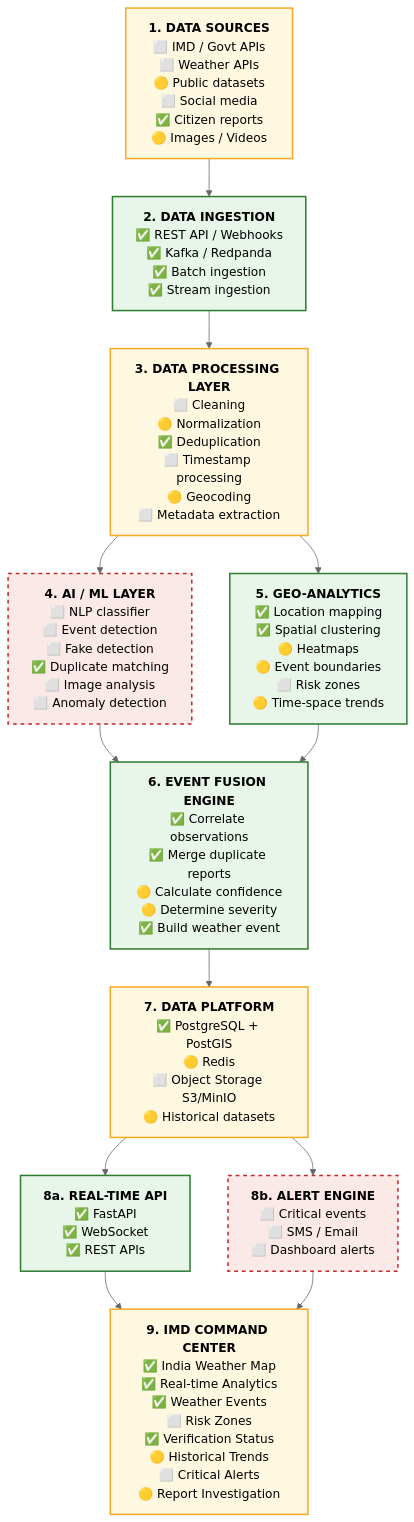
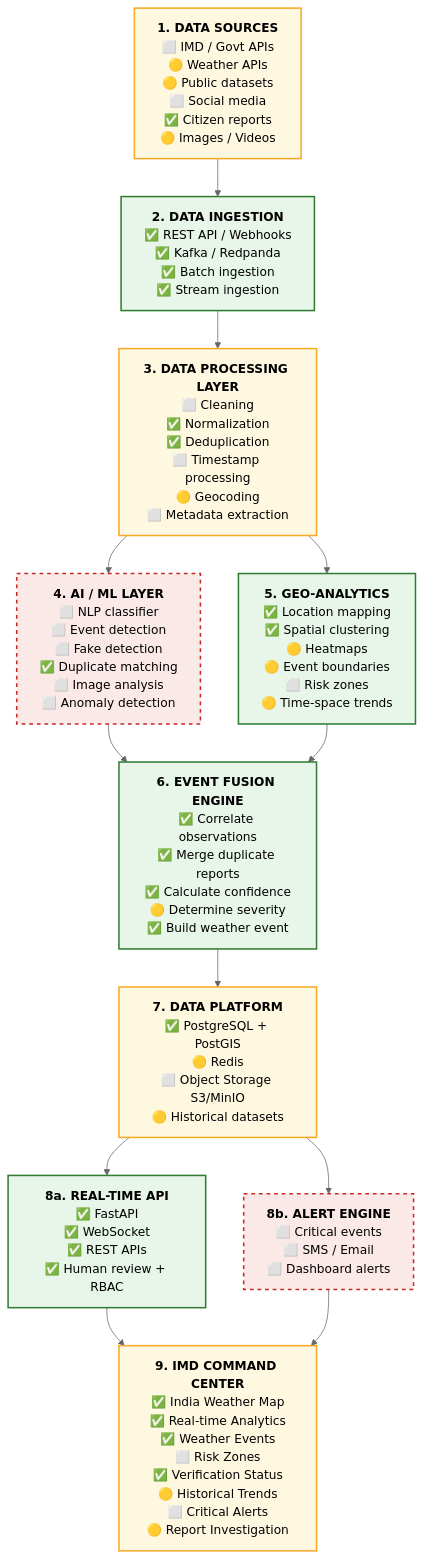
The first of 2 diagrams in docs/ARCHITECTURE.md (SabaSaiid/INDRA), drawn with Mermaid (neutral theme) before and after one commit. The commit also changed other lines of this file and 4 other files, not shown here.

````diff
--- a/docs/ARCHITECTURE.md
+++ b/docs/ARCHITECTURE.md
@@ -30,41 +35,41 @@
 ```mermaid
 flowchart TD
-    SRC["<b>1. DATA SOURCES</b><br/>⬜ IMD / Govt APIs<br/>⬜ Weather APIs<br/>🟡 Public datasets<br/>⬜ Social media<br/>✅ Citizen reports<br/>🟡 Images / Videos"]
+    SRC["<b>1. DATA SOURCES</b><br/>⬜ IMD / Govt APIs<br/>🟡 Weather APIs<br/>🟡 Public datasets<br/>⬜ Social media<br/>✅ Citizen reports<br/>🟡 Images / Videos"]
 
     ING["<b>2. DATA INGESTION</b><br/>✅ REST API / Webhooks<br/>✅ Kafka / Redpanda<br/>✅ Batch ingestion<br/>✅ Stream ingestion"]
 
-    PROC["<b>3. DATA PROCESSING LAYER</b><br/>⬜ Cleaning<br/>🟡 Normalization<br/>✅ Deduplication<br/>⬜ Timestamp processing<br/>🟡 Geocoding<br/>⬜ Metadata extraction"]
+    PROC["<b>3. DATA PROCESSING LAYER</b><br/>⬜ Cleaning<br/>✅ Normalization<br/>✅ Deduplication<br/>⬜ Timestamp processing<br/>🟡 Geocoding<br/>⬜ Metadata extraction"]
 
     AI["<b>4. AI / ML LAYER</b><br/>⬜ NLP classifier<br/>⬜ Event detection<br/>⬜ Fake detection<br/>✅ Duplicate matching<br/>⬜ Image analysis<br/>⬜ Anomaly detection"]
 
     GEO["<b>5. GEO-ANALYTICS</b><br/>✅ Location mapping<br/>✅ Spatial clustering<br/>🟡 Heatmaps<br/>🟡 Event boundaries<br/>⬜ Risk zones<br/>🟡 Time-space trends"]
 
-    FUS["<b>6. EVENT FUSION ENGINE</b><br/>✅ Correlate observations<br/>✅ Merge duplicate reports<br/>🟡 Calculate confidence<br/>🟡 Determine severity<br/>✅ Build weather event"]
+    FUS["<b>6. EVENT FUSION ENGINE</b><br/>✅ Correlate observations<br/>✅ Merge duplicate reports<br/>✅ Calculate confidence<br/>🟡 Determine severity<br/>✅ Build weather event"]
 
     PLAT["<b>7. DATA PLATFORM</b><br/>✅ PostgreSQL + PostGIS<br/>🟡 Redis<br/>⬜ Object Storage S3/MinIO<br/>🟡 Historical datasets"]
 
-    API["<b>8a. REAL-TIME API</b><br/>✅ FastAPI<br/>✅ WebSocket<br/>✅ REST APIs"]
+    API["<b>8a. REAL-TIME API</b><br/>✅ FastAPI<br/>✅ WebSocket<br/>✅ REST APIs<br/>✅ Human review + RBAC"]
 
     ALERT["<b>8b. ALERT ENGINE</b><br/>⬜ Critical events<br/>⬜ SMS / Email<br/>⬜ Dashboard alerts"]
 
     CC["<b>9. IMD COMMAND CENTER</b><br/>✅ India Weather Map<br/>✅ Real-time Analytics<br/>✅ Weather Events<br/>⬜ Risk Zones<br/>✅ Verification Status<br/>🟡 Historical Trends<br/>⬜ Critical Alerts<br/>🟡 Report Investigation"]
 
     SRC --> ING --> PROC
     PROC --> AI
     PROC --> GEO
     AI --> FUS
     GEO --> FUS
     FUS --> PLAT
     PLAT --> API
     PLAT --> ALERT
     API --> CC
     ALERT --> CC
 
     classDef built fill:#e8f5e9,stroke:#2e7d32,stroke-width:2px;
     classDef partial fill:#fff8e1,stroke:#f9a825,stroke-width:2px;
     classDef absent fill:#fbe9e7,stroke:#c62828,stroke-dasharray: 5 5,stroke-width:2px;
 
     class ING,GEO,FUS,API built;
     class SRC,PROC,PLAT,CC partial;
     class AI,ALERT absent;
 ```
````
